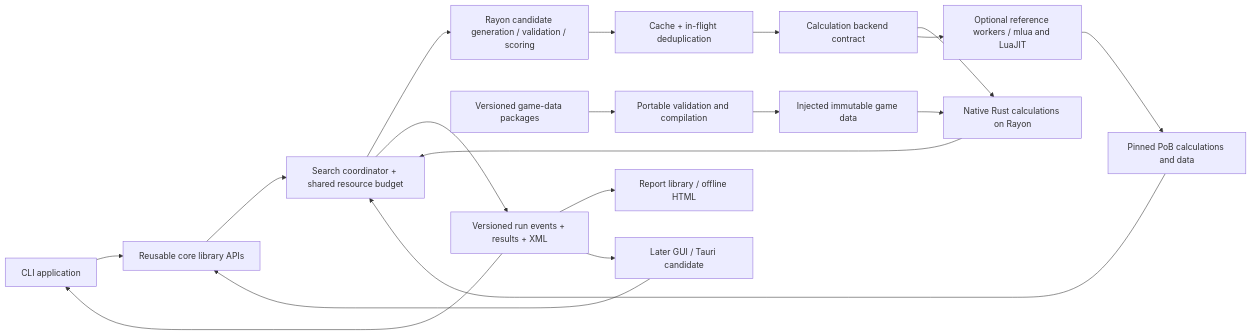
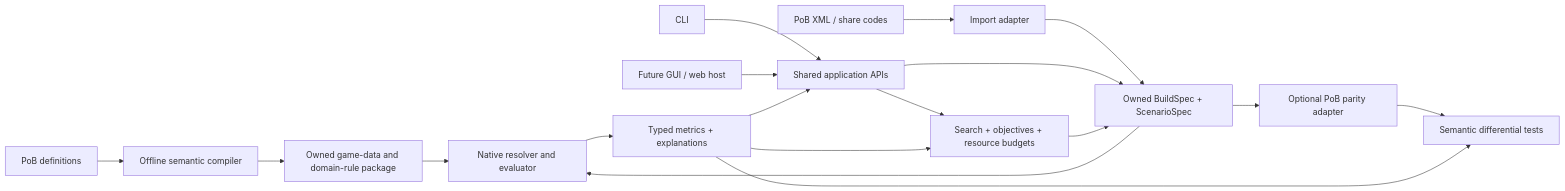
Before and after one commit to Azaril/poe-optimizer: the diagram in docs/design.md, drawn with Mermaid. The commit also changed other lines of this file and 18 other files, not shown here.

Commit message:
Adopt owned domain architecture and start legacy retirement

````diff
--- a/docs/design.md
+++ b/docs/design.md
@@ -174,21 +175,20 @@
 ```mermaid
 flowchart LR
-    CLI[CLI application] --> Core[Reusable core library APIs]
-    GUI[Later GUI / Tauri candidate] --> Core
-    Core --> Search[Search coordinator + shared resource budget]
-    Search --> Rayon[Rayon candidate generation / validation / scoring]
-    Rayon --> Cache[Cache + in-flight deduplication]
-    Cache --> Backend[Calculation backend contract]
-    Backend --> Native[Native Rust calculations on Rayon]
-    Packages[Versioned game-data packages] --> Loader[Portable validation and compilation]
-    Loader --> Data[Injected immutable game data]
-    Data --> Native
-    Backend --> Pool[Optional reference workers / mlua and LuaJIT]
-    Pool --> PoB[Pinned PoB calculations and data]
-    Native --> Search
-    PoB --> Search
-    Search --> Results[Versioned run events + results + XML]
-    Results --> Reports[Report library / offline HTML]
-    Results --> CLI
-    Results --> GUI
+    Upstream[PoB definitions] --> Offline[Offline semantic compiler]
+    Offline --> Package[Owned game-data and domain-rule package]
+    Package --> Native[Native resolver and evaluator]
+    XML[PoB XML / share codes] --> Import[Import adapter]
+    Import --> Model[Owned BuildSpec + ScenarioSpec]
+    CLI[CLI] --> App[Shared application APIs]
+    GUI[Future GUI / web host] --> App
+    App --> Model
+    App --> Search[Search + objectives + resource budgets]
+    Search --> Model
+    Model --> Native
+    Native --> Results[Typed metrics + explanations]
+    Results --> Search
+    Results --> App
+    Model --> Oracle[Optional PoB parity adapter]
+    Oracle --> Compare[Semantic differential tests]
+    Results --> Compare
 ```
````
